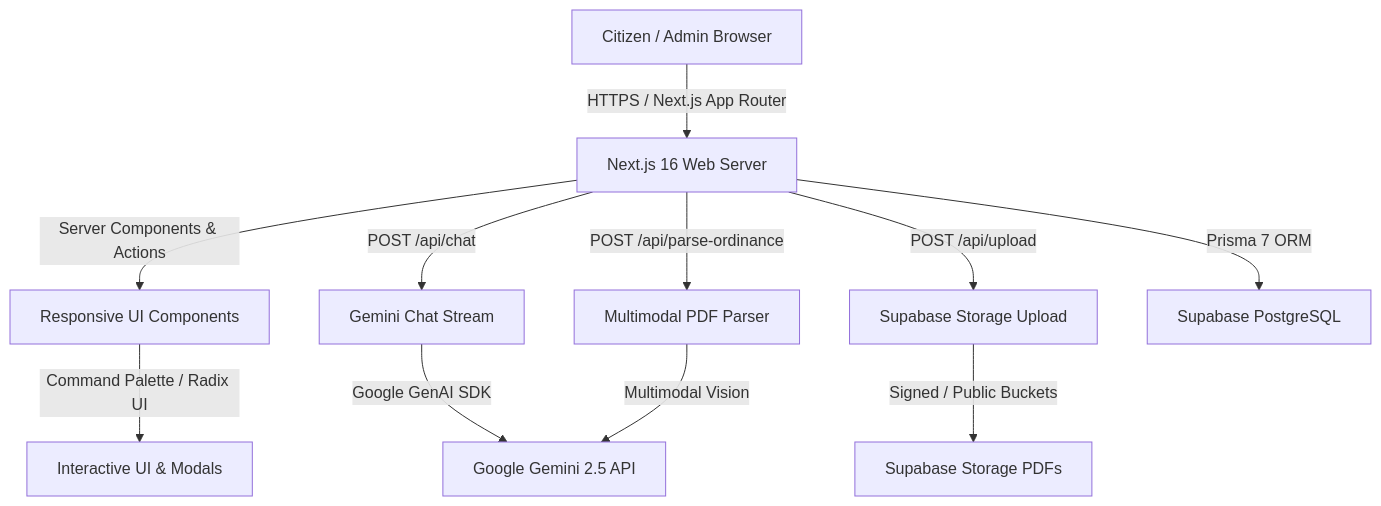
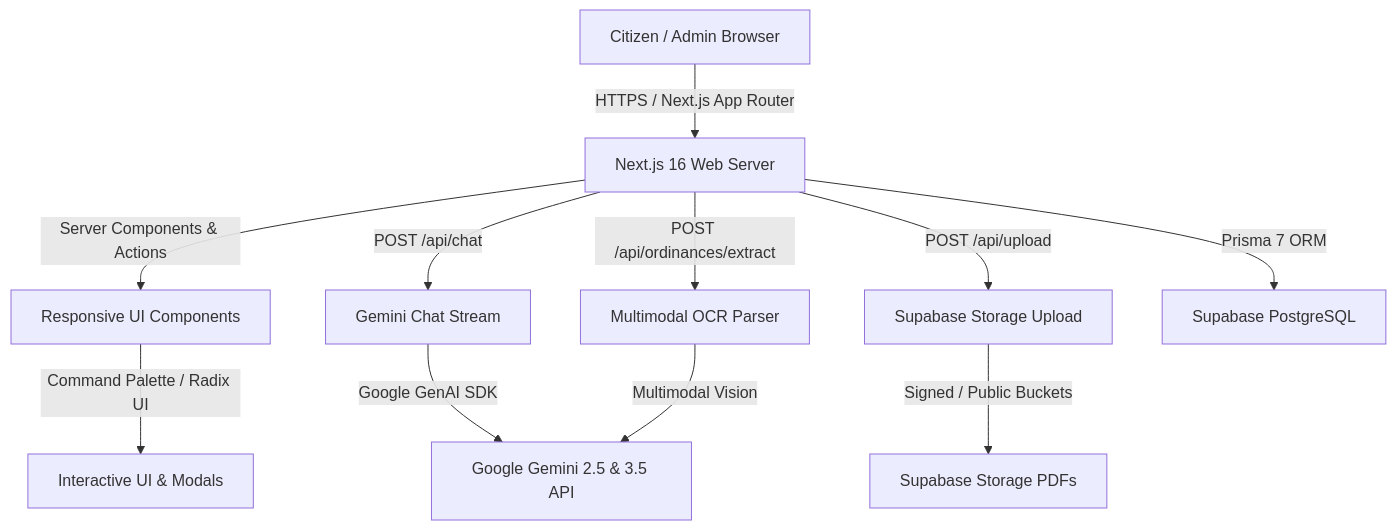
The diagram in README.md (jsoul-dev/cabanatuan-city-ordinance-portal), drawn with Mermaid before and after one commit. The commit also changed other lines of this file, not shown here.

````diff
--- a/README.md
+++ b/README.md
@@ -54,16 +58,16 @@
 ```mermaid
 graph TD
     Client["Citizen / Admin Browser"] -->|"HTTPS / Next.js App Router"| Next["Next.js 16 Web Server"]
     
     Next -->|"Server Components & Actions"| UI["Responsive UI Components"]
     UI -->|"Command Palette / Radix UI"| Modals["Interactive UI & Modals"]
     
     Next -->|"POST /api/chat"| ChatAPI["Gemini Chat Stream"]
-    Next -->|"POST /api/parse-ordinance"| ParseAPI["Multimodal PDF Parser"]
+    Next -->|"POST /api/ordinances/extract"| ExtractAPI["Multimodal OCR Parser"]
     Next -->|"POST /api/upload"| UploadAPI["Supabase Storage Upload"]
     
-    ChatAPI -->|"Google GenAI SDK"| Gemini["Google Gemini 2.5 API"]
-    ParseAPI -->|"Multimodal Vision"| Gemini
+    ChatAPI -->|"Google GenAI SDK"| Gemini["Google Gemini 2.5 & 3.5 API"]
+    ExtractAPI -->|"Multimodal Vision"| Gemini
     Next -->|"Prisma 7 ORM"| Postgres["Supabase PostgreSQL"]
     UploadAPI -->|"Signed / Public Buckets"| Storage["Supabase Storage PDFs"]
 ```
````
